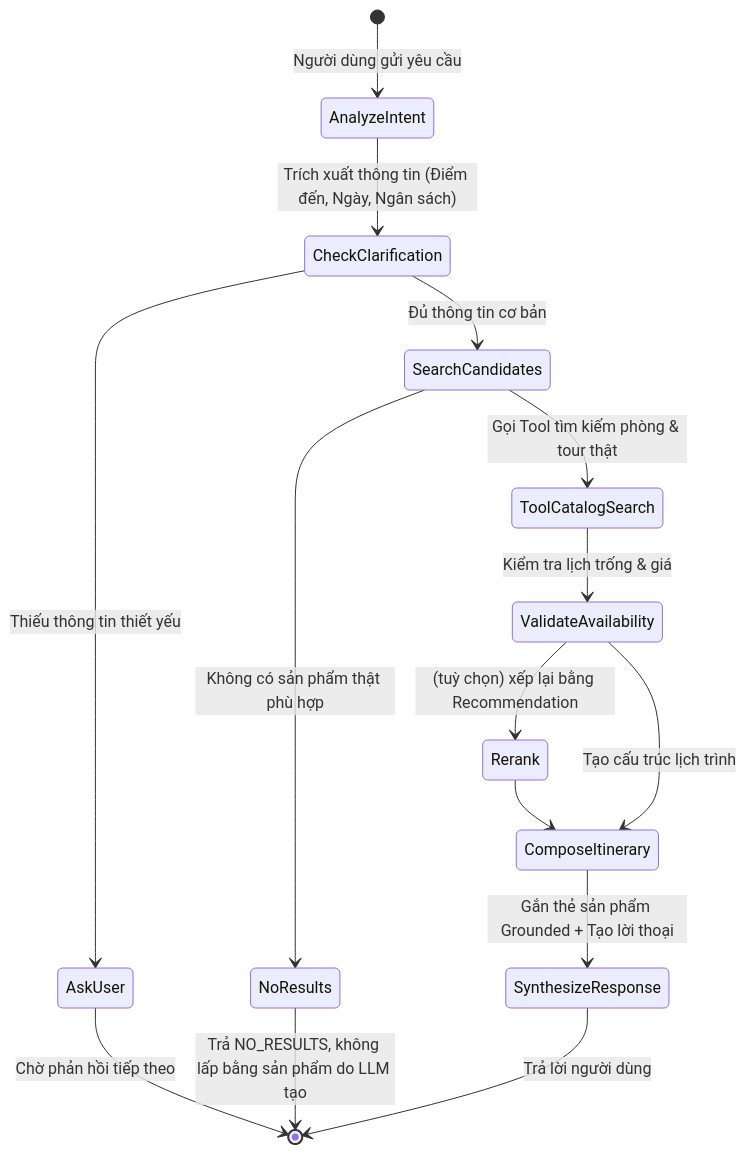
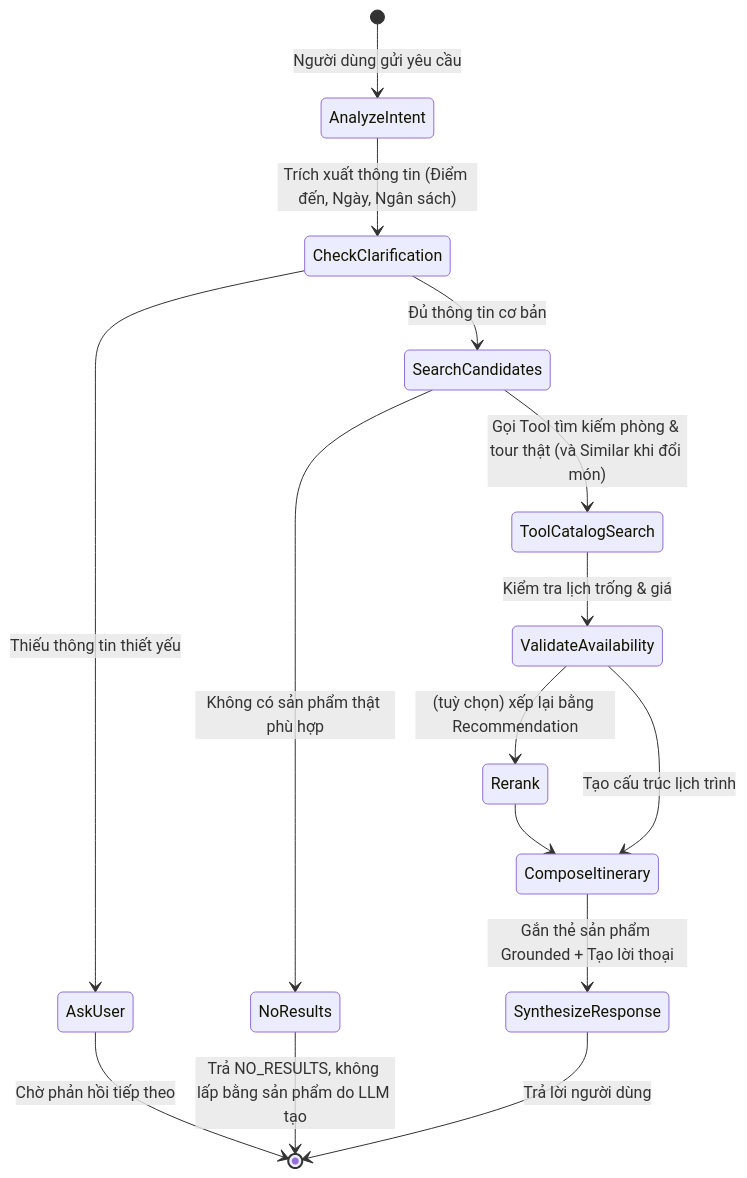
The second of 2 diagrams in docs/prd/architecture.md (NguyenNhat4/Travel-Recommend-System), drawn with Mermaid before and after one commit. The commit also changed other lines of this file and 6 other files, not shown here.

Commit message:
docs(prd): áp dụng đề xuất agent gọi engine trong tiến trình và tool similar

````diff
--- a/docs/prd/architecture.md
+++ b/docs/prd/architecture.md
@@ -169,20 +170,20 @@
 ```mermaid
 stateDiagram-v2
     [*] --> AnalyzeIntent: Người dùng gửi yêu cầu
     AnalyzeIntent --> CheckClarification: Trích xuất thông tin (Điểm đến, Ngày, Ngân sách)
     
     CheckClarification --> AskUser: Thiếu thông tin thiết yếu
     AskUser --> [*]: Chờ phản hồi tiếp theo
     
     CheckClarification --> SearchCandidates: Đủ thông tin cơ bản
-    SearchCandidates --> ToolCatalogSearch: Gọi Tool tìm kiếm phòng & tour thật
+    SearchCandidates --> ToolCatalogSearch: Gọi Tool tìm kiếm phòng & tour thật (và Similar khi đổi món)
     ToolCatalogSearch --> ValidateAvailability: Kiểm tra lịch trống & giá
     
     SearchCandidates --> NoResults: Không có sản phẩm thật phù hợp
     NoResults --> [*]: Trả NO_RESULTS, không lấp bằng sản phẩm do LLM tạo
     ValidateAvailability --> Rerank: (tuỳ chọn) xếp lại bằng Recommendation
     Rerank --> ComposeItinerary
     ValidateAvailability --> ComposeItinerary: Tạo cấu trúc lịch trình
     ComposeItinerary --> SynthesizeResponse: Gắn thẻ sản phẩm Grounded + Tạo lời thoại
     SynthesizeResponse --> [*]: Trả lời người dùng
 ```
````
